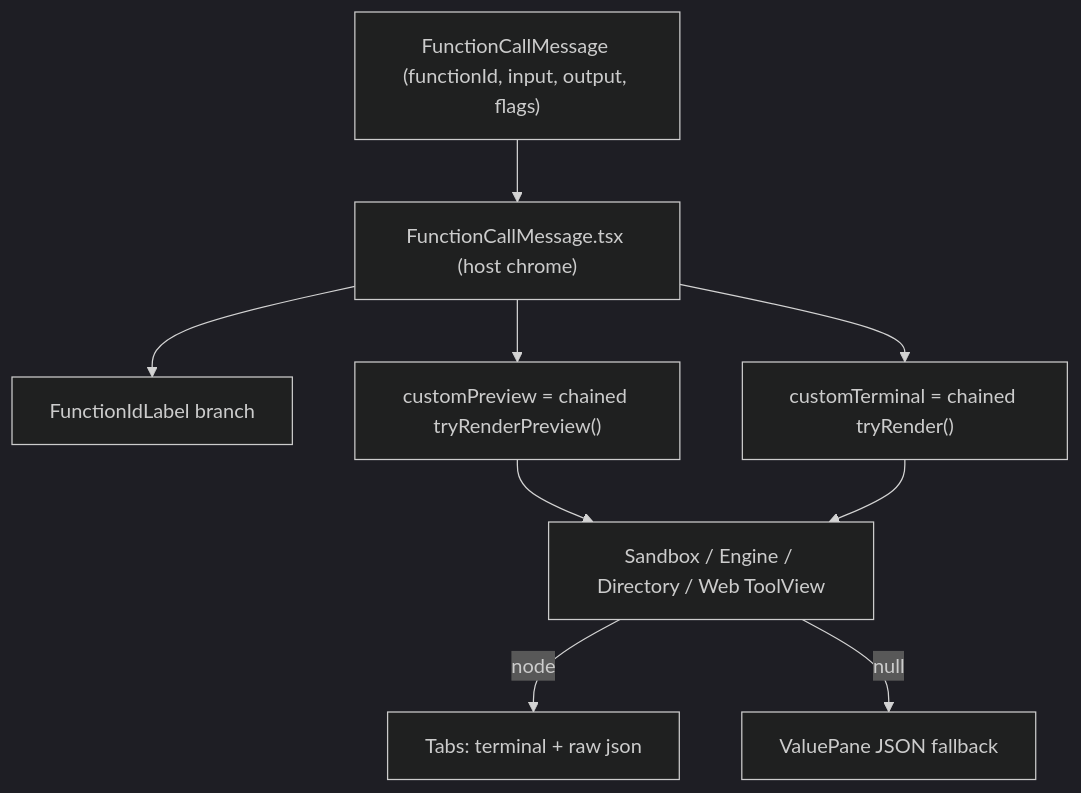
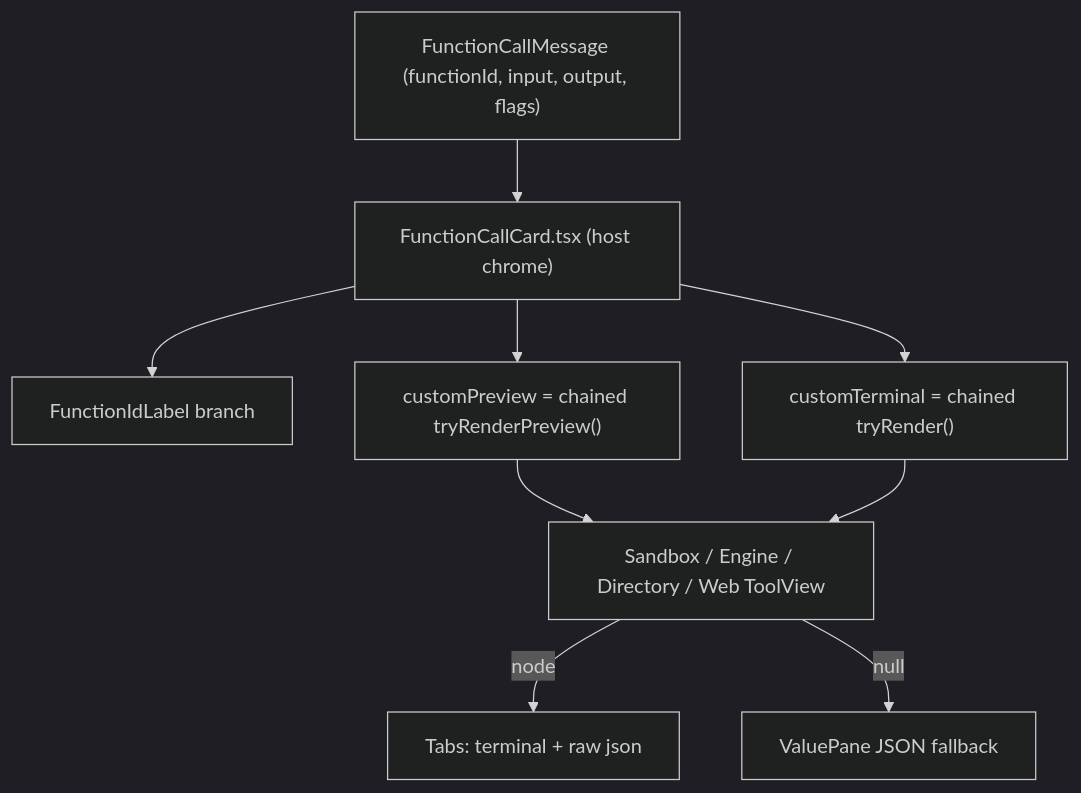
The diagram in ade/docs/custom-function-call-message.md (iii-hq/workers), drawn with Mermaid (dark theme) before and after one commit. The commit also changed other lines of this file and 2 other files, not shown here.

````diff
--- a/ade/docs/custom-function-call-message.md
+++ b/ade/docs/custom-function-call-message.md
@@ -45,20 +45,20 @@
 ```mermaid
 flowchart TB
   msg["FunctionCallMessage (functionId, input, output, flags)"]
-  host["FunctionCallMessage.tsx (host chrome)"]
+  host["FunctionCallCard.tsx (host chrome)"]
   label["FunctionIdLabel branch"]
   preview["customPreview = chained tryRenderPreview()"]
   terminal["customTerminal = chained tryRender()"]
   families["Sandbox / Engine / Directory / Web ToolView"]
   json["ValuePane JSON fallback"]
   tabs["Tabs: terminal + raw json"]
 
   msg --> host
   host --> label
   host --> preview
   host --> terminal
   preview --> families
   terminal --> families
   families -->|"node"| tabs
   families -->|"null"| json
 ```
````
